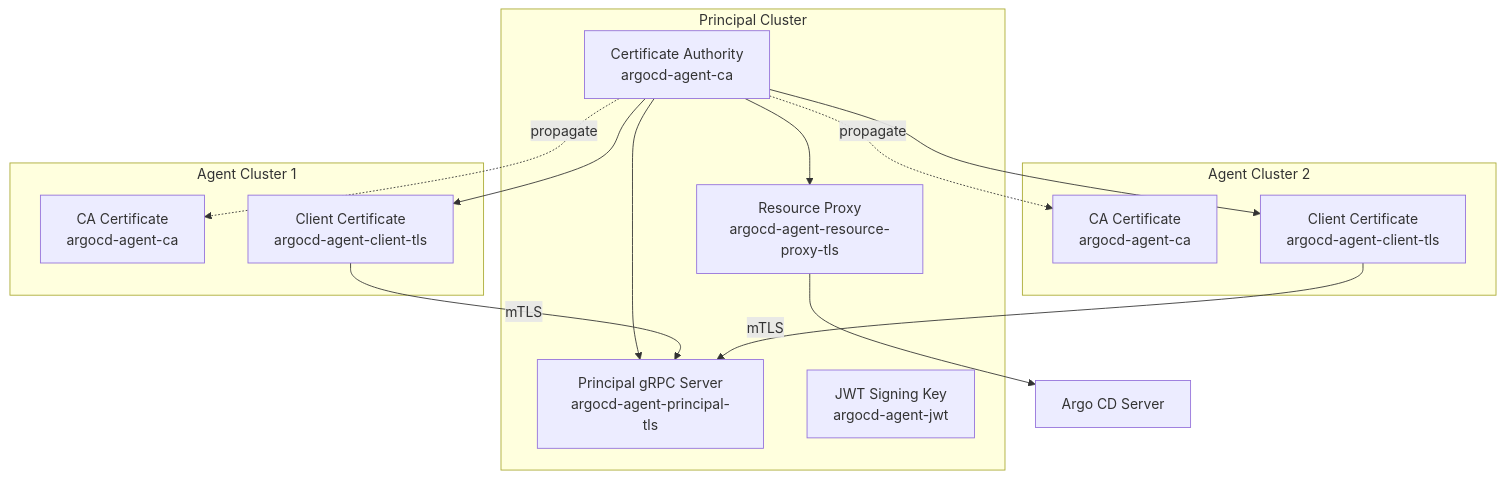
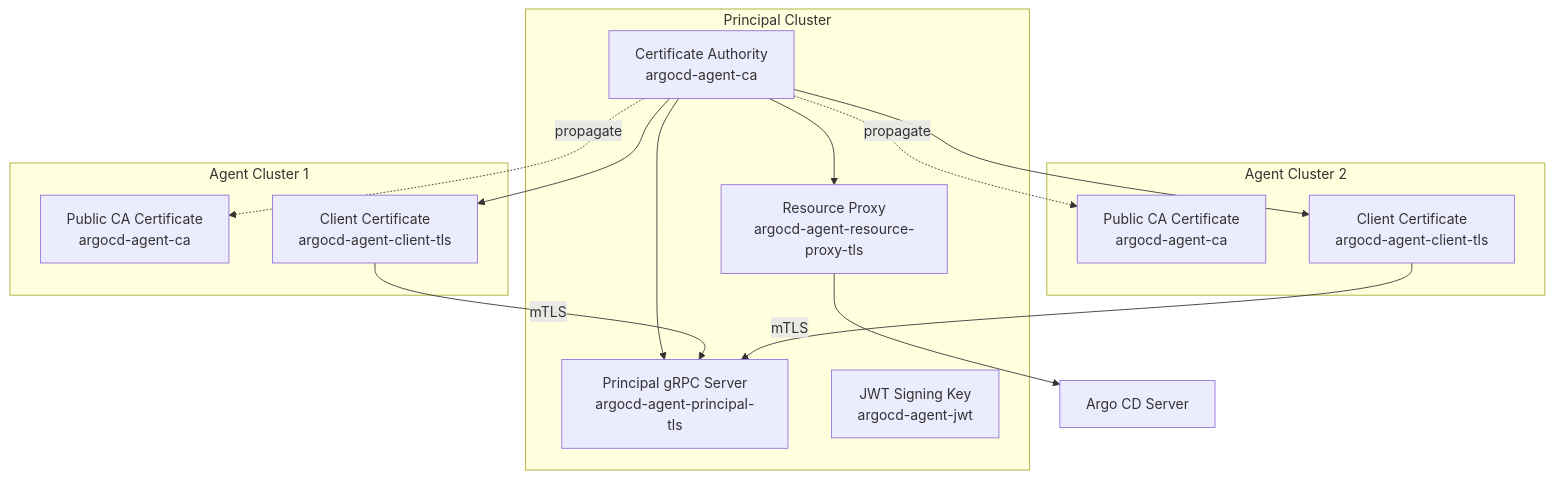
Before and after one commit to argoproj-labs/argocd-agent: the diagram in docs/configuration/tls-certificates.md, drawn with Mermaid. The commit also changed other lines of this file and 20 other files, not shown here.

````diff
--- a/docs/configuration/tls-certificates.md
+++ b/docs/configuration/tls-certificates.md
@@ -20,28 +20,28 @@
 ```mermaid
 graph TB
     subgraph Principal_Cluster[Principal Cluster]
         CA[Certificate Authority<br/>argocd-agent-ca]
         CA --> PrincipalCert[Principal gRPC Server<br/>argocd-agent-principal-tls]
         CA --> ProxyCert[Resource Proxy<br/>argocd-agent-resource-proxy-tls]
         JWT[JWT Signing Key<br/>argocd-agent-jwt]
     end
 
     subgraph Agent_Cluster_1[Agent Cluster 1]
-        Agent1CA[CA Certificate<br/>argocd-agent-ca]
+        Agent1CA[Public CA Certificate<br/>argocd-agent-ca]
         Agent1Cert[Client Certificate<br/>argocd-agent-client-tls]
     end
 
     subgraph Agent_Cluster_2[Agent Cluster 2]
-        Agent2CA[CA Certificate<br/>argocd-agent-ca]
+        Agent2CA[Public CA Certificate<br/>argocd-agent-ca]
         Agent2Cert[Client Certificate<br/>argocd-agent-client-tls]
     end
 
     CA -.->|propagate| Agent1CA
     CA -.->|propagate| Agent2CA
     CA --> Agent1Cert
     CA --> Agent2Cert
 
     Agent1Cert -->|mTLS| PrincipalCert
     Agent2Cert -->|mTLS| PrincipalCert
     ProxyCert --> ArgoCD[Argo CD Server]
 ```
````
